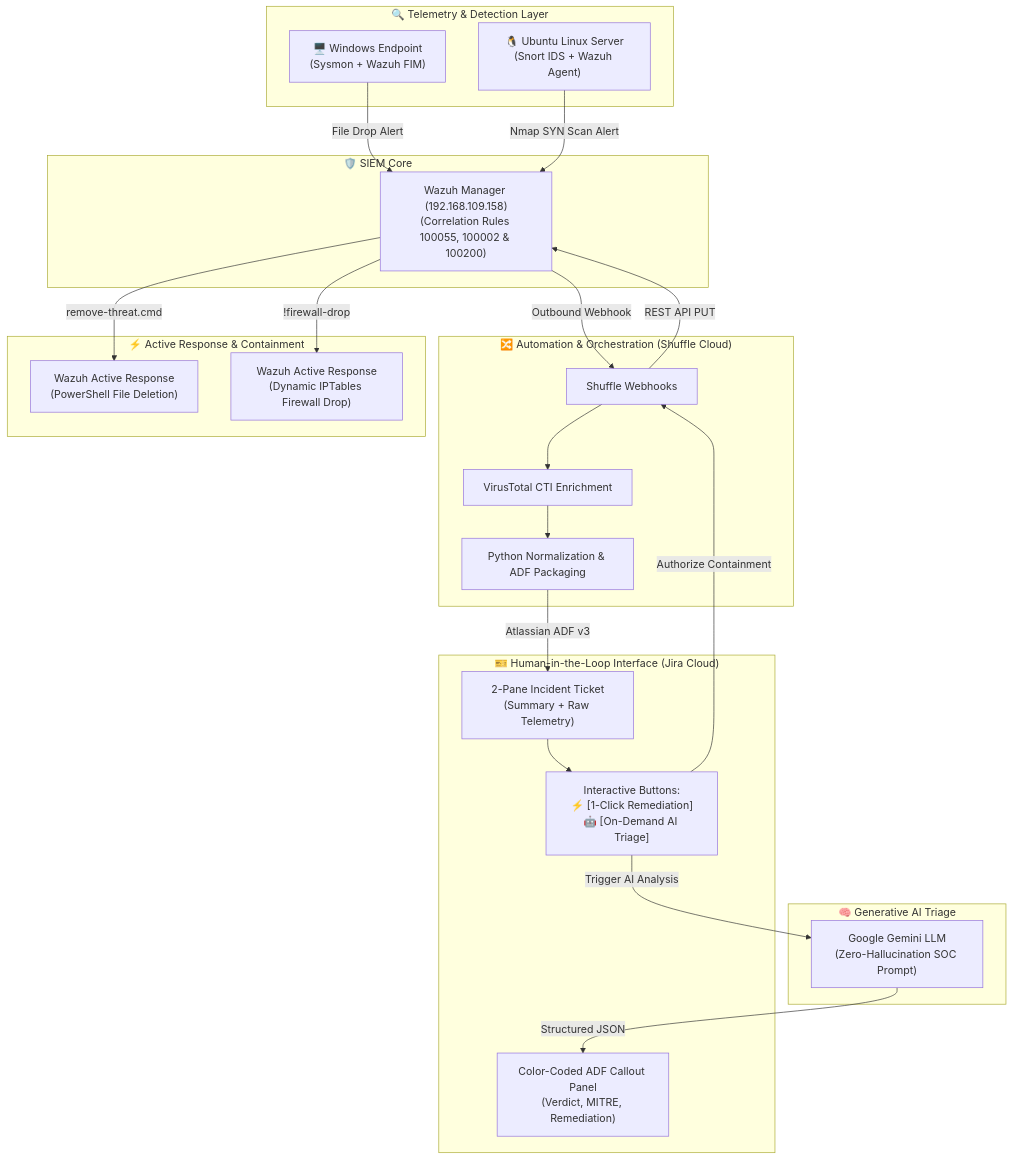
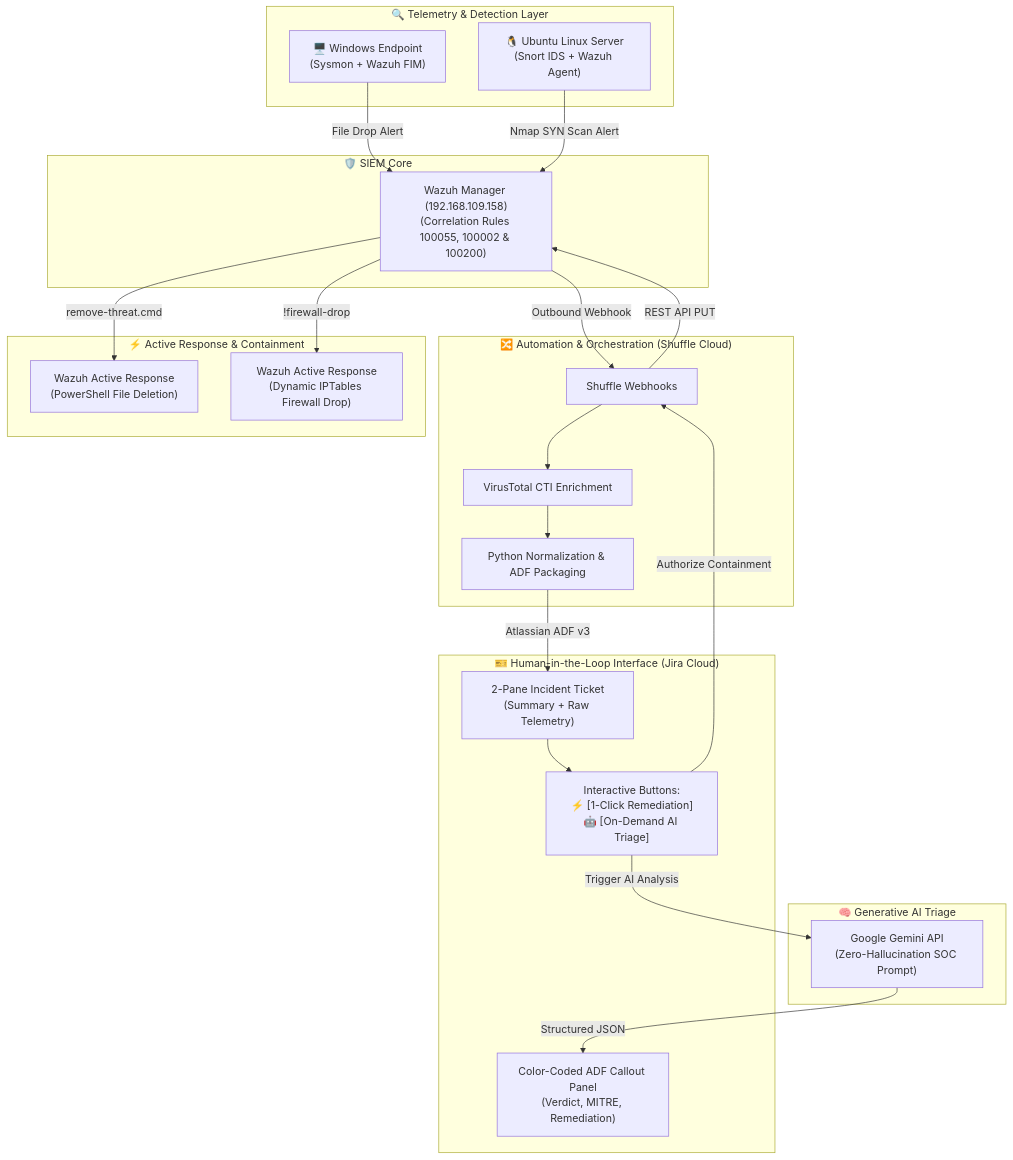
One commit to mikeH1fsd/soc-soar-ai-lab changed the diagram in README.md. Above: the diagram before and after it, drawn with Mermaid. The commit also changed other lines of this file and 5 other files, not shown here.

Commit message:
docs(readme): translate network schema to English, streamline tech stacks, and prune redundant artifacts

````diff
--- a/README.md
+++ b/README.md
@@ -25,46 +25,46 @@
 ```mermaid
 flowchart TD
     subgraph Detection["🔍 Telemetry & Detection Layer"]
         A1["🖥️ Windows Endpoint<br/>(Sysmon + Wazuh FIM)"]
         A2["🐧 Ubuntu Linux Server<br/>(Snort IDS + Wazuh Agent)"]
     end
 
     subgraph SIEM["🛡️ SIEM Core"]
         W1["Wazuh Manager (192.168.109.158)<br/>(Correlation Rules 100055, 100002 & 100200)"]
     end
 
     subgraph SOAR["🔀 Automation & Orchestration (Shuffle Cloud)"]
         S1["Shuffle Webhooks"]
         S2["Python Normalization & ADF Packaging"]
         S3["VirusTotal CTI Enrichment"]
     end
 
     subgraph AI["🧠 Generative AI Triage"]
-        G1["Google Gemini LLM<br/>(Zero-Hallucination SOC Prompt)"]
+        G1["Google Gemini API<br/>(Zero-Hallucination SOC Prompt)"]
     end
 
     subgraph ITSM["🎫 Human-in-the-Loop Interface (Jira Cloud)"]
         J1["2-Pane Incident Ticket<br/>(Summary + Raw Telemetry)"]
         J2["Interactive Buttons:<br/>⚡ [1-Click Remediation]<br/>🤖 [On-Demand AI Triage]"]
         J3["Color-Coded ADF Callout Panel<br/>(Verdict, MITRE, Remediation)"]
     end
 
     subgraph Response["⚡ Active Response & Containment"]
         R1["Wazuh Active Response<br/>(PowerShell File Deletion)"]
         R2["Wazuh Active Response<br/>(Dynamic IPTables Firewall Drop)"]
     end
 
     A1 -->|File Drop Alert| W1
     A2 -->|Nmap SYN Scan Alert| W1
     W1 -->|Outbound Webhook| S1
     S1 --> S3
     S3 --> S2
     S2 -->|Atlassian ADF v3| J1
     J1 --> J2
     J2 -->|Trigger AI Analysis| G1
     G1 -->|Structured JSON| J3
     J2 -->|Authorize Containment| S1
     S1 -->|REST API PUT| W1
     W1 -->|remove-threat.cmd| R1
     W1 -->|!firewall-drop| R2
 ```
````
